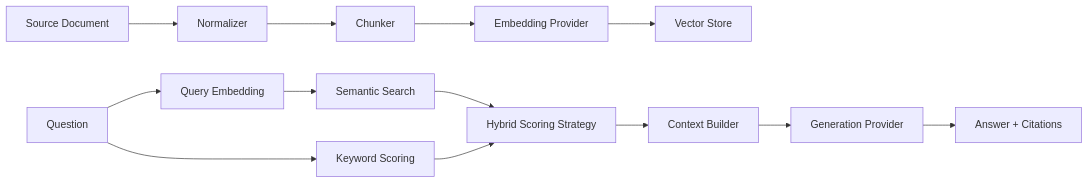
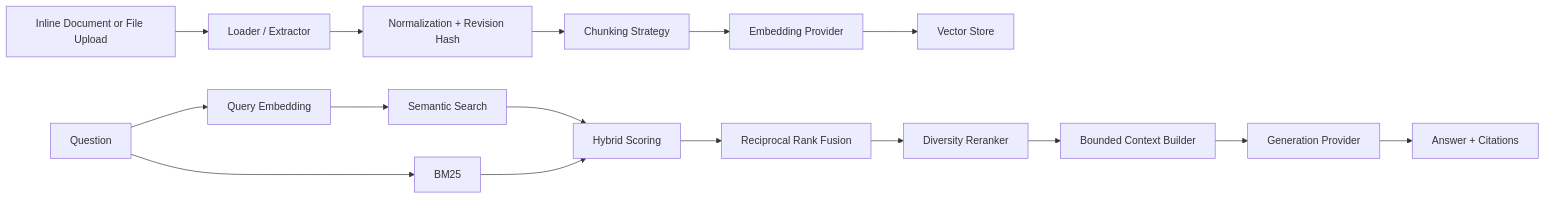
The diagram in README.md (eloguidici/rag-engine-from-scratch), drawn with Mermaid before and after one commit. The commit also changed other lines of this file, not shown here.

````diff
--- a/README.md
+++ b/README.md
@@ -13,16 +13,19 @@
 ```mermaid
 flowchart LR
-    A[Source Document] --> B[Normalizer]
-    B --> C[Chunker]
-    C --> D[Embedding Provider]
-    D --> E[Vector Store]
+    A[Inline Document or File Upload] --> B[Loader / Extractor]
+    B --> C[Normalization + Revision Hash]
+    C --> D[Chunking Strategy]
+    D --> E[Embedding Provider]
+    E --> F[Vector Store]
 
     Q[Question] --> QE[Query Embedding]
     QE --> SS[Semantic Search]
-    Q --> KS[Keyword Scoring]
-    SS --> HS[Hybrid Scoring Strategy]
-    KS --> HS
-    HS --> CB[Context Builder]
+    Q --> BM25[BM25]
+    SS --> HY[Hybrid Scoring]
+    BM25 --> HY
+    HY --> RRF[Reciprocal Rank Fusion]
+    RRF --> RR[Diversity Reranker]
+    RR --> CB[Bounded Context Builder]
     CB --> LLM[Generation Provider]
     LLM --> R[Answer + Citations]
 ```
````
